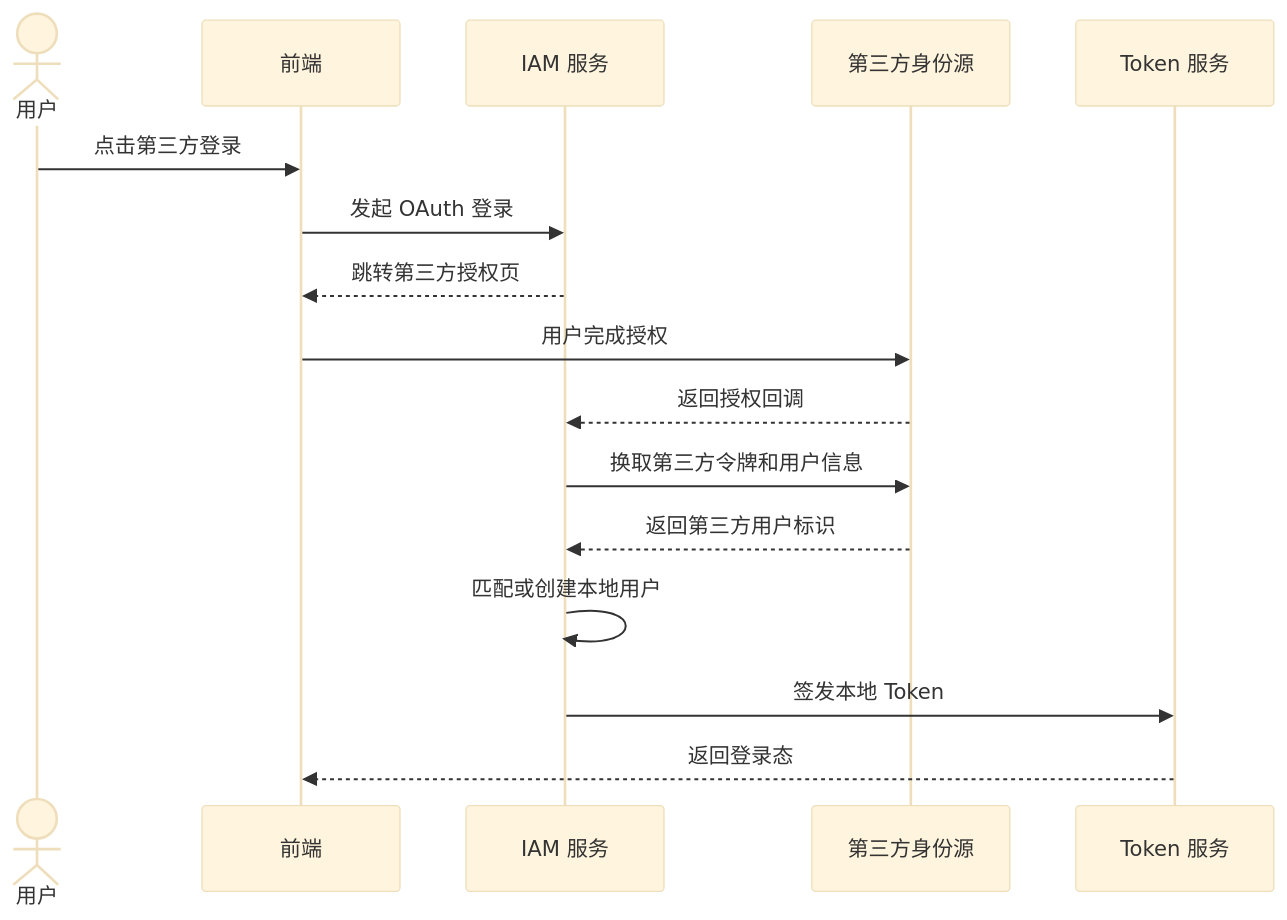
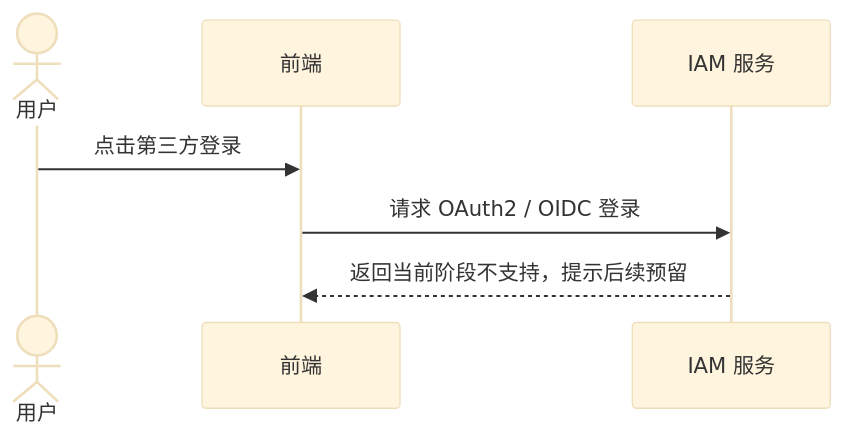
One commit to wangweihong/omnimam-spec changed the third of 7 diagrams in 00_product/domains/identity/product-spec.md. Above: the diagram before and after it, drawn with Mermaid (base theme). The commit also changed other lines of this file, not shown here.

````diff
--- a/00_product/domains/identity/product-spec.md
+++ b/00_product/domains/identity/product-spec.md
@@ -671,19 +703,10 @@
 ```mermaid
 sequenceDiagram
   actor U as 用户
   participant FE as 前端
   participant IAM as IAM 服务
-  participant OP as 第三方身份源
-  participant Token as Token 服务
 
   U->>FE: 点击第三方登录
-  FE->>IAM: 发起 OAuth 登录
-  IAM-->>FE: 跳转第三方授权页
-  FE->>OP: 用户完成授权
-  OP-->>IAM: 返回授权回调
-  IAM->>OP: 换取第三方令牌和用户信息
-  OP-->>IAM: 返回第三方用户标识
-  IAM->>IAM: 匹配或创建本地用户
-  IAM->>Token: 签发本地 Token
-  Token-->>FE: 返回登录态
+  FE->>IAM: 请求 OAuth2 / OIDC 登录
+  IAM-->>FE: 返回当前阶段不支持，提示后续预留
 ```
````
